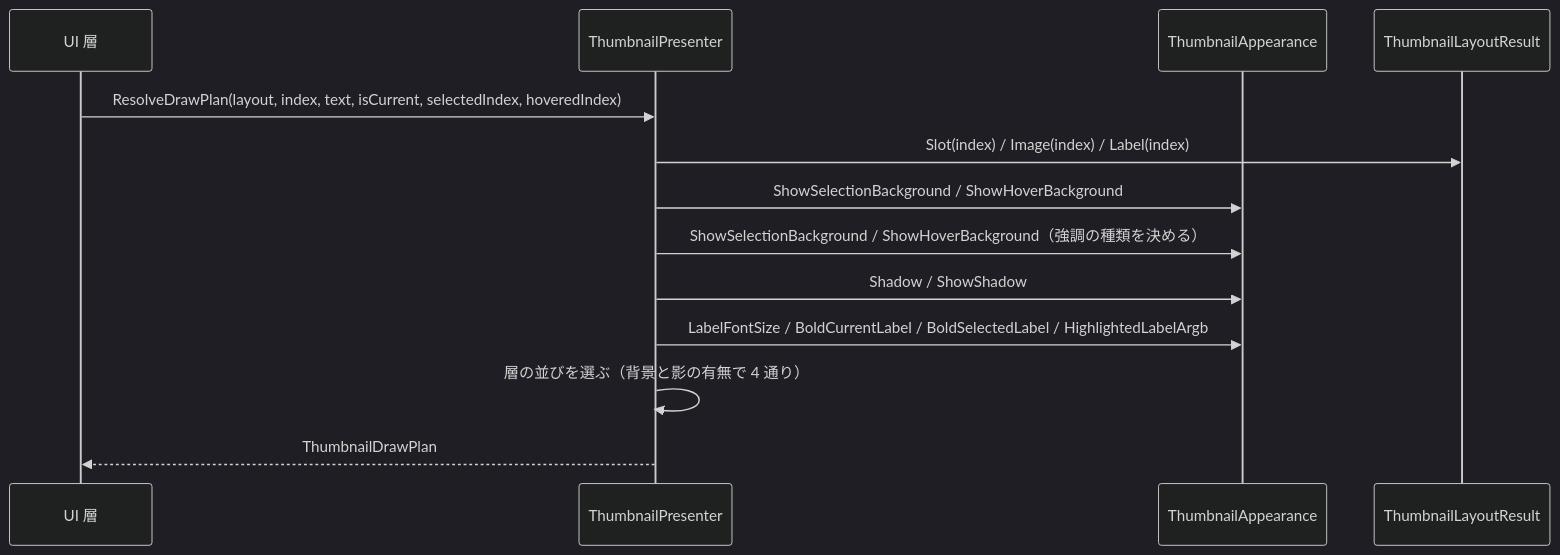
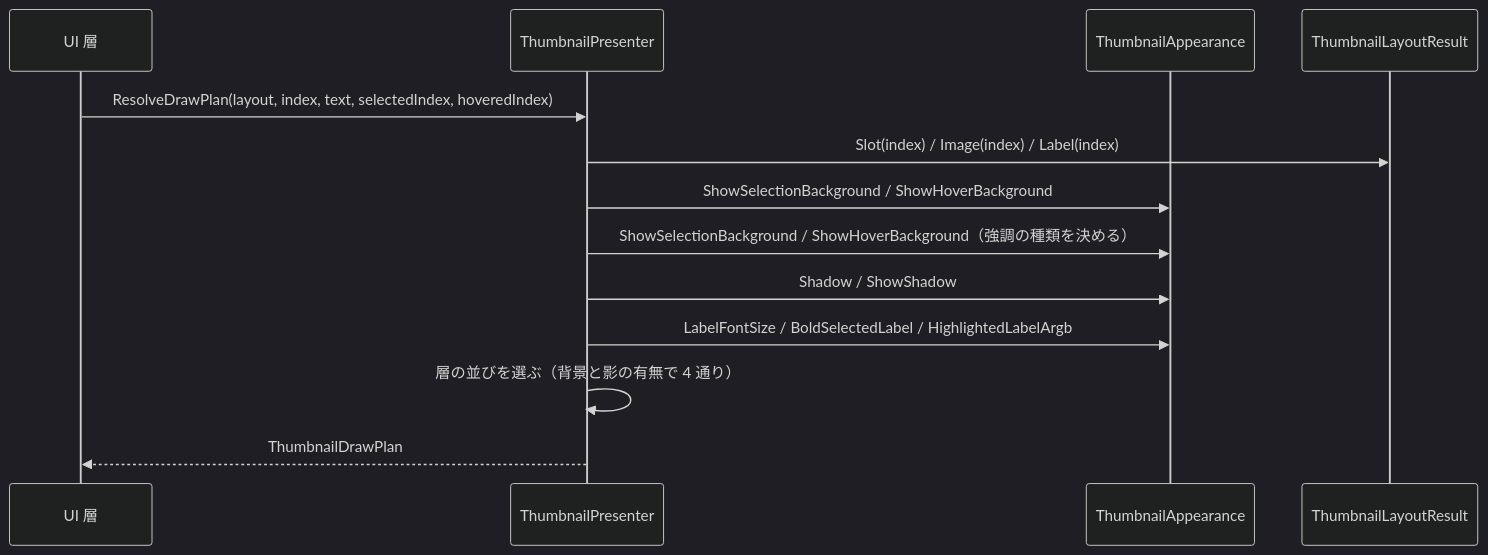
The third of 4 diagrams in EsUtil/Feature.Thumbnail.Presenter/docs/SPEC_System.md (tomokuni/EsUtil), drawn with Mermaid (dark theme) before and after one commit. The commit also changed other lines of this file and 52 other files, not shown here.

````diff
--- a/EsUtil/Feature.Thumbnail.Presenter/docs/SPEC_System.md
+++ b/EsUtil/Feature.Thumbnail.Presenter/docs/SPEC_System.md
@@ -165,16 +164,16 @@
 ```mermaid
 sequenceDiagram
     participant UI as UI 層
     participant Presenter as ThumbnailPresenter
     participant Appearance as ThumbnailAppearance
     participant Layout as ThumbnailLayoutResult
 
-    UI->>Presenter: ResolveDrawPlan(layout, index, text, isCurrent, selectedIndex, hoveredIndex)
+    UI->>Presenter: ResolveDrawPlan(layout, index, text, selectedIndex, hoveredIndex)
     Presenter->>Layout: Slot(index) / Image(index) / Label(index)
     Presenter->>Appearance: ShowSelectionBackground / ShowHoverBackground
     Presenter->>Appearance: ShowSelectionBackground / ShowHoverBackground（強調の種類を決める）
     Presenter->>Appearance: Shadow / ShowShadow
-    Presenter->>Appearance: LabelFontSize / BoldCurrentLabel / BoldSelectedLabel / HighlightedLabelArgb
+    Presenter->>Appearance: LabelFontSize / BoldSelectedLabel / HighlightedLabelArgb
     Presenter->>Presenter: 層の並びを選ぶ（背景と影の有無で 4 通り）
     Presenter-->>UI: ThumbnailDrawPlan
 ```
````
